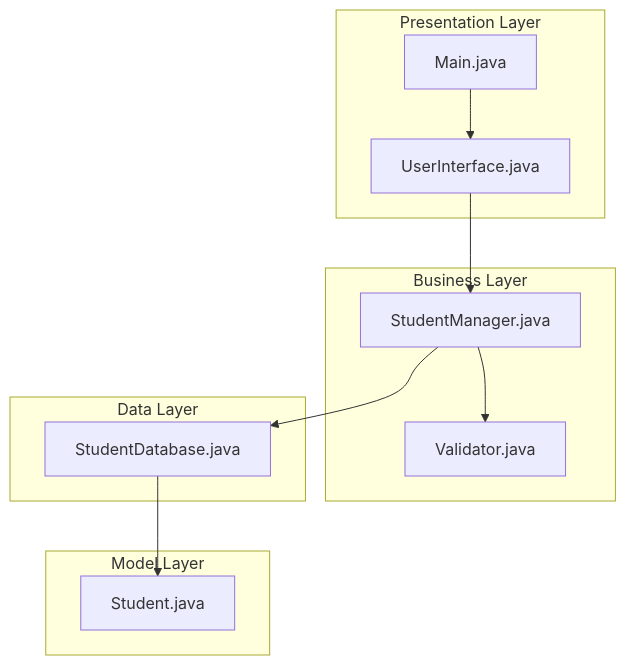
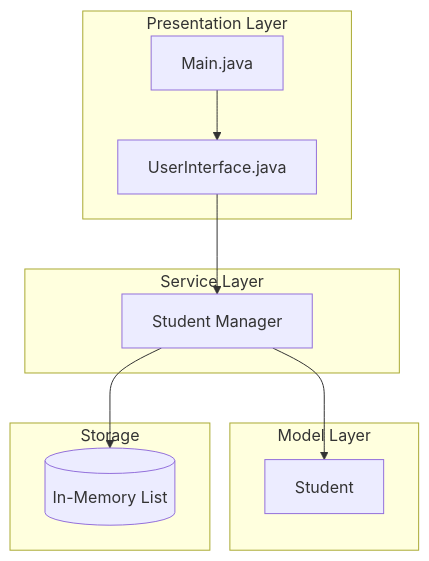
One commit to javaengineeringacademy/java-engineering-academy changed the first of 2 diagrams in 01-programming-languages/Java/02-oop/33-mini-projects/beginner/student-management/README.md. Above: the diagram before and after it, drawn with Mermaid. The commit also changed other lines of this file and 48 other files, not shown here.

First line of the commit message:
fix: final polish for 10/10 - split long READMEs, fix duplicates, add diagrams

````diff
--- a/01-programming-languages/Java/02-oop/33-mini-projects/beginner/student-management/README.md
+++ b/01-programming-languages/Java/02-oop/33-mini-projects/beginner/student-management/README.md
@@ -45,26 +45,24 @@
 ```mermaid
 graph TB
     subgraph Presentation Layer
         Main[Main.java]
         UI[UserInterface.java]
     end
     
-    subgraph Business Layer
-        SM[StudentManager.java]
-        V[Validator.java]
-    end
-    
-    subgraph Data Layer
-        SD[StudentDatabase.java]
+    subgraph Service Layer
+        StudentManager[Student Manager]
     end
     
     subgraph Model Layer
-        S[Student.java]
+        Student[Student]
+    end
+    
+    subgraph Storage
+        StudentDB[(In-Memory List)]
     end
     
     Main --> UI
-    UI --> SM
-    SM --> V
-    SM --> SD
-    SD --> S
+    UI --> StudentManager
+    StudentManager --> Student
+    StudentManager --> StudentDB
 ```
````
